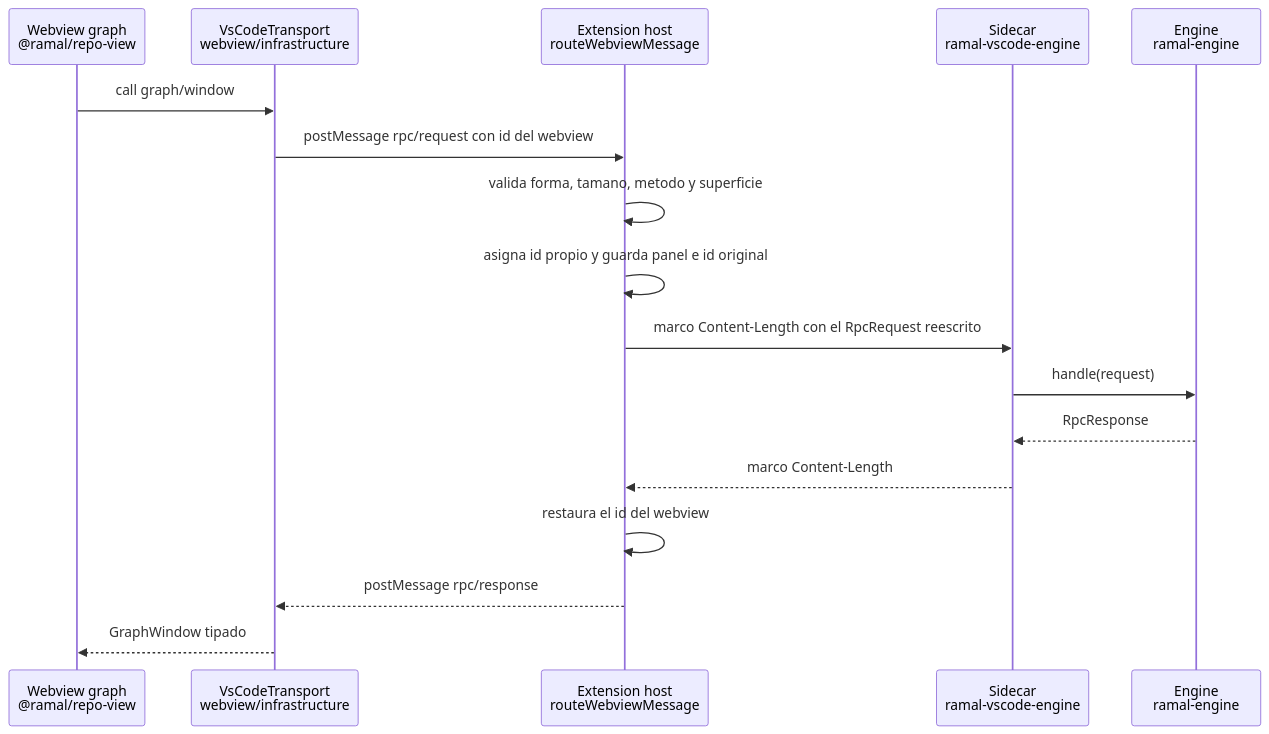
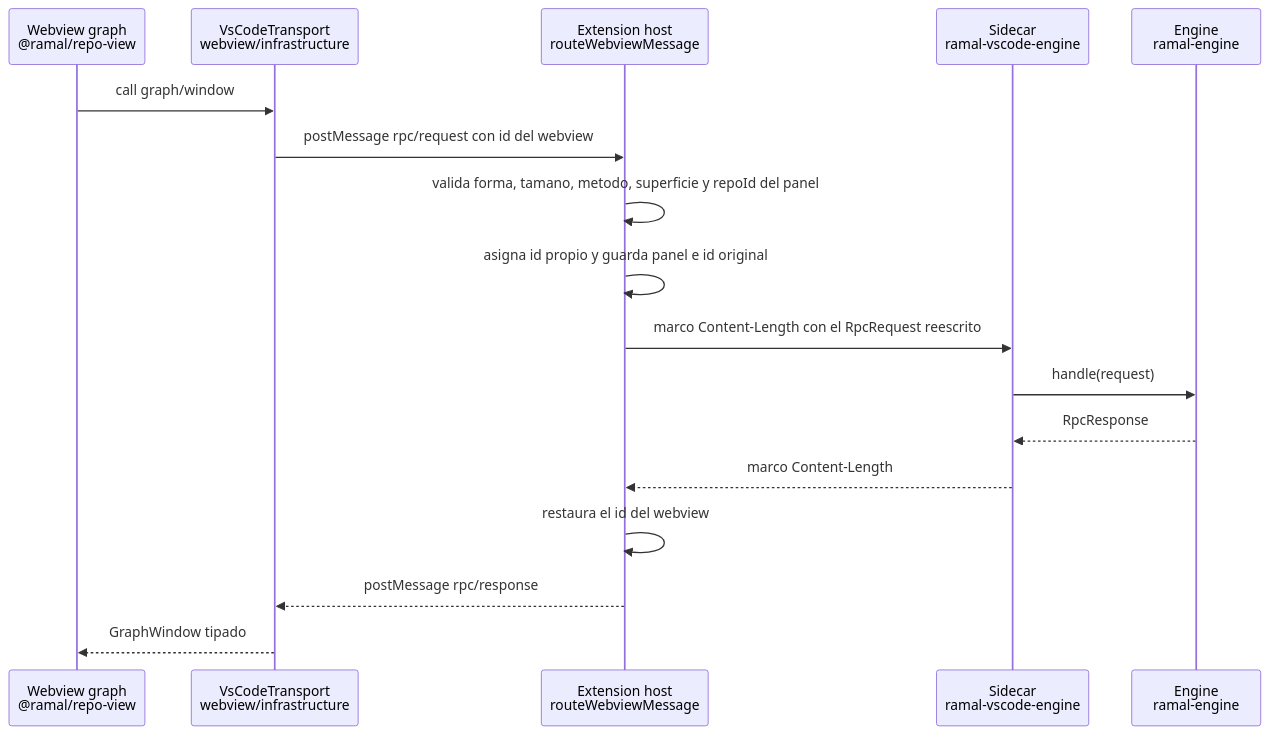
One commit to eabl0306/ramal changed the fourth of 6 diagrams in docs/architecture.md. Above: the diagram before and after it, drawn with Mermaid. The commit also changed other lines of this file and 13 other files, not shown here.

````diff
--- a/docs/architecture.md
+++ b/docs/architecture.md
@@ -950,19 +1077,19 @@
 ```mermaid
 sequenceDiagram
     participant W as Webview graph<br/>@ramal/repo-view
     participant T as VsCodeTransport<br/>webview/infrastructure
     participant X as Extension host<br/>routeWebviewMessage
     participant S as Sidecar<br/>ramal-vscode-engine
     participant E as Engine<br/>ramal-engine
     W->>T: call graph/window
     T->>X: postMessage rpc/request con id del webview
-    X->>X: valida forma, tamano, metodo y superficie
+    X->>X: valida forma, tamano, metodo, superficie y repoId del panel
     X->>X: asigna id propio y guarda panel e id original
     X->>S: marco Content-Length con el RpcRequest reescrito
     S->>E: handle(request)
     E-->>S: RpcResponse
     S-->>X: marco Content-Length
     X->>X: restaura el id del webview
     X-->>T: postMessage rpc/response
     T-->>W: GraphWindow tipado
 ```
````
